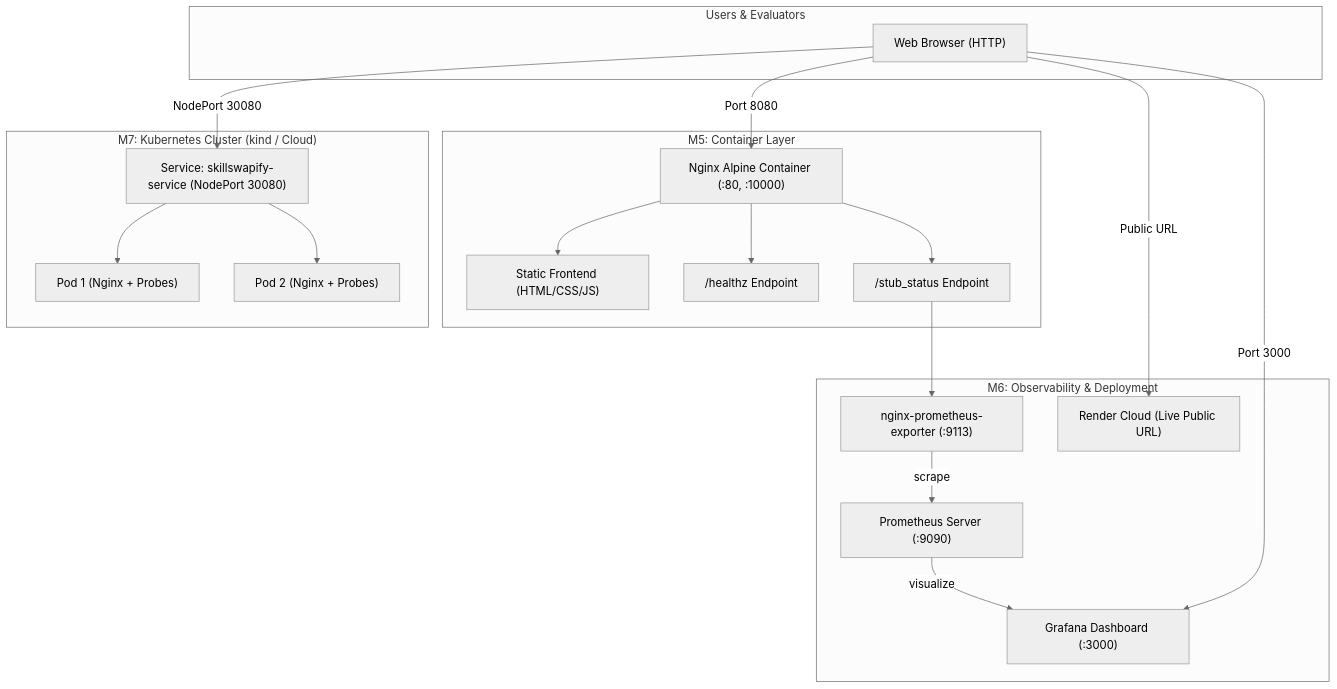
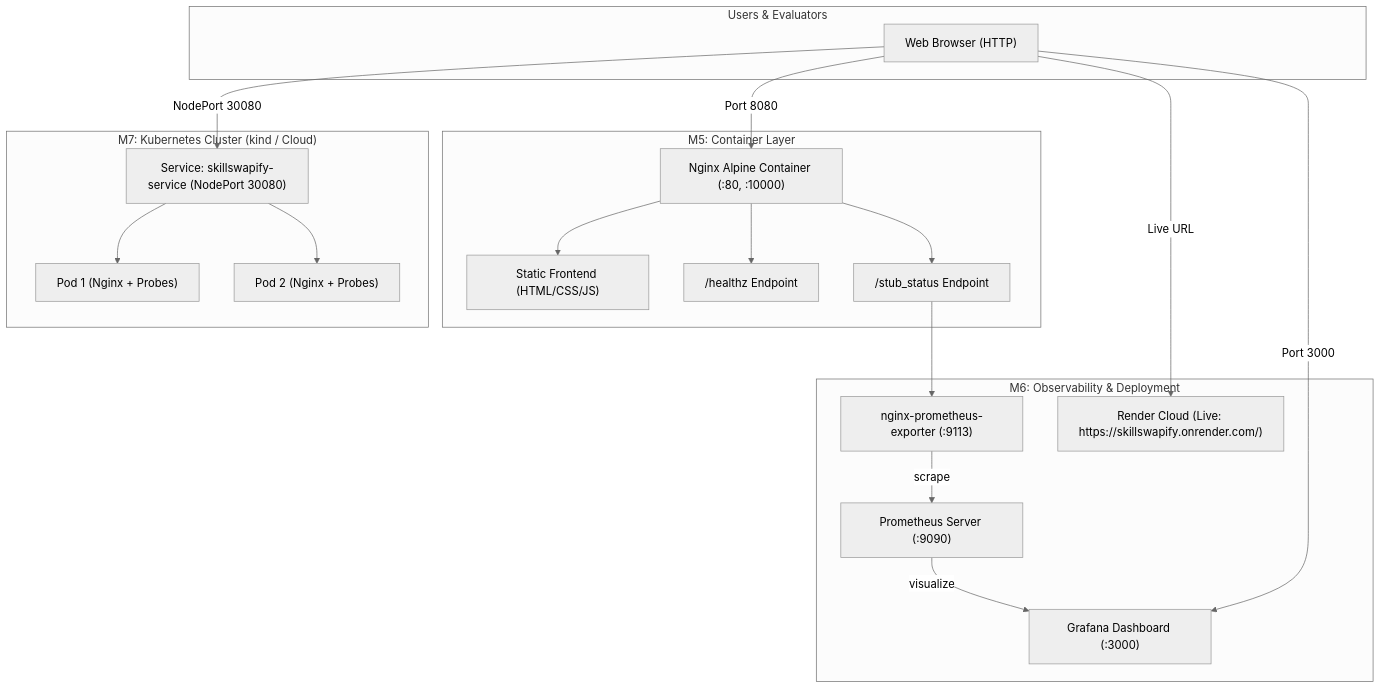
The diagram in README.md (skit-devops-2026/devops-24ESKCS113), drawn with Mermaid (neutral theme) before and after one commit. The commit also changed other lines of this file and 4 other files, not shown here.

Commit message:
docs: add deployment screenshots and live Render URL to README

````diff
--- a/README.md
+++ b/README.md
@@ -33,39 +37,39 @@
 ```mermaid
 flowchart TD
     subgraph Client["Users & Evaluators"]
         Browser["Web Browser (HTTP)"]
     end
 
     subgraph M5_Docker["M5: Container Layer"]
         Nginx["Nginx Alpine Container (:80, :10000)"]
         StaticAssets["Static Frontend (HTML/CSS/JS)"]
         Healthz["/healthz Endpoint"]
         StubStatus["/stub_status Endpoint"]
         Nginx --> StaticAssets
         Nginx --> Healthz
         Nginx --> StubStatus
     end
 
     subgraph M6_Monitoring["M6: Observability & Deployment"]
         Exporter["nginx-prometheus-exporter (:9113)"]
         Prometheus["Prometheus Server (:9090)"]
         Grafana["Grafana Dashboard (:3000)"]
-        Render["Render Cloud (Live Public URL)"]
+        Render["Render Cloud (Live: https://skillswapify.onrender.com/)"]
         StubStatus --> Exporter
         Exporter -->|scrape| Prometheus
         Prometheus -->|visualize| Grafana
     end
 
     subgraph M7_K8s["M7: Kubernetes Cluster (kind / Cloud)"]
         K8sService["Service: skillswapify-service (NodePort 30080)"]
         Pod1["Pod 1 (Nginx + Probes)"]
         Pod2["Pod 2 (Nginx + Probes)"]
         K8sService --> Pod1
         K8sService --> Pod2
     end
 
     Browser -->|Port 8080| Nginx
     Browser -->|Port 3000| Grafana
-    Browser -->|Public URL| Render
+    Browser -->|Live URL| Render
     Browser -->|NodePort 30080| K8sService
 ```
````
